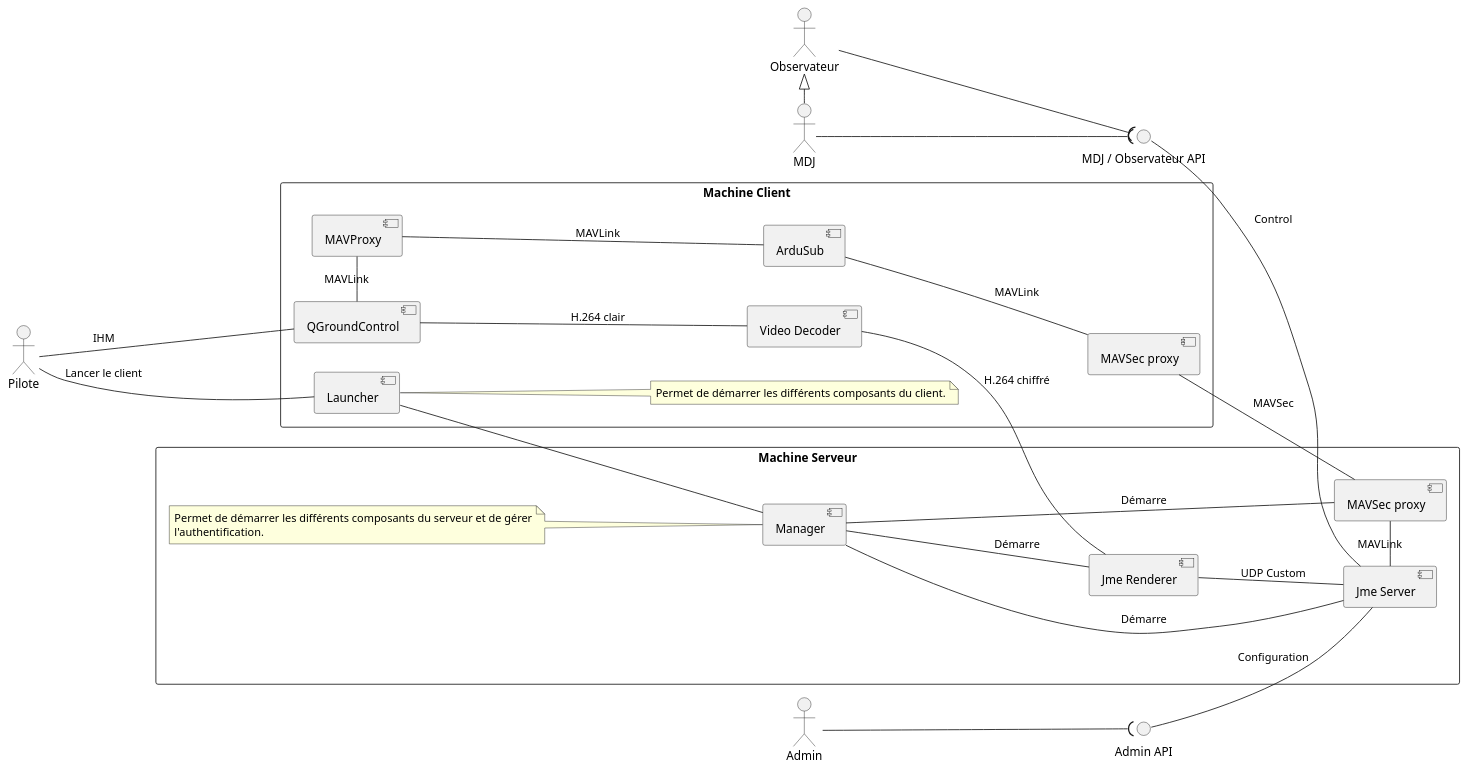
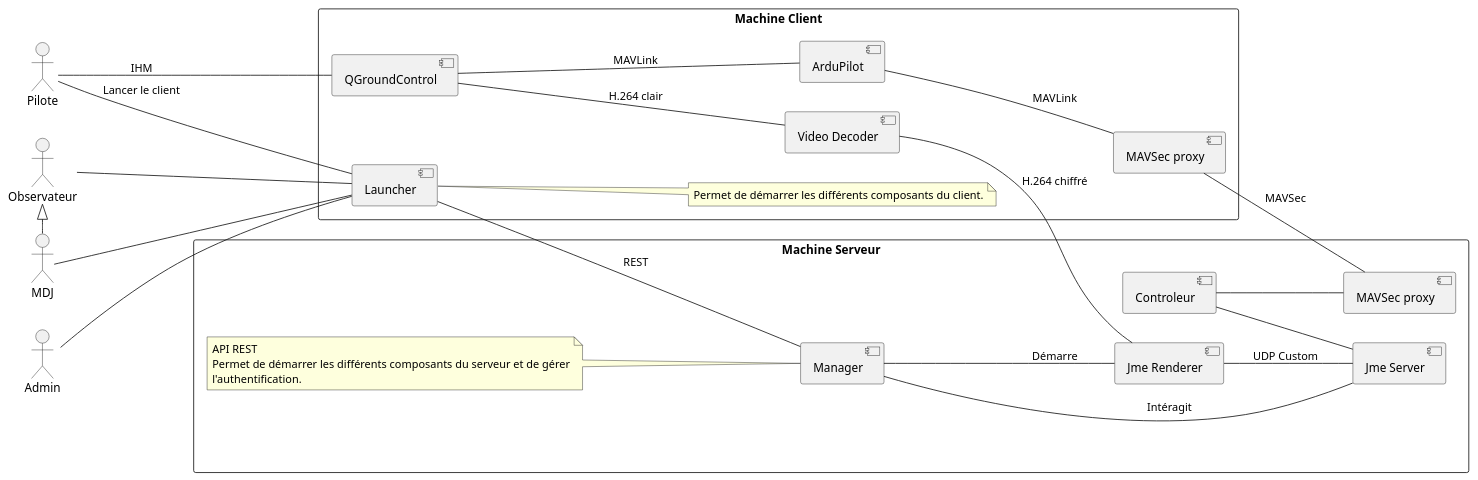
One commit to tombartos/SAE-DRONE changed the diagram in doc/ardupilot_server_components.puml. Above: the diagram before and after it, drawn with PlantUML. The commit also changed 1 other file, not shown here.

Commit message:
Mise à jour des diagramme de composante pour qu'il soit conforme avec le projet

```diff
--- a/doc/ardupilot_server_components.puml
+++ b/doc/ardupilot_server_components.puml
@@ -1,63 +1,59 @@
 @startuml
 
 left to right direction
 
 actor Admin
 actor Pilote
 actor Observateur
 actor MDJ
 
 MDJ -left-|> Observateur
 
 rectangle "Machine Client" {
-    component Launcher
+    component "Launcher" as Launcher
     component "Video Decoder" as VideoDecoder
     component QGroundControl
-    component MAVProxy
-    component ArduSub
     component "MAVSec proxy" as SecProxy1
+    component ArduPilot
 
     Pilote -- QGroundControl : IHM
     Pilote -- Launcher : Lancer le client
     note right of Launcher
         Permet de démarrer les différents composants du client.
     end note
-    QGroundControl -left- MAVProxy : MAVLink
-    MAVProxy -- ArduSub : MAVLink
-    ArduSub -- SecProxy1 : MAVLink
+    QGroundControl -- ArduPilot : MAVLink
+    ArduPilot -- SecProxy1 : MAVLink
 }
 
-interface "MDJ / Observateur API" as MDJAPI
-interface "Admin API" as AdminClient
 
 rectangle "Machine Serveur" {
-    component "MAVSec proxy" as SecProxy2
+    component "Controleur" as Controller
     component "Video Decoder" as JmeRenderer
     component "Jme Renderer" as JmeRenderer
     component "Jme Server" as JmeServer
+    component "MAVSec proxy" as SecProxy2
     component "Manager" as Manager
 
-    SecProxy2 -left- JmeServer : MAVLink
+    Controller -- JmeServer
     JmeRenderer -- JmeServer : UDP Custom
-    MDJAPI -- JmeServer : Control
-    AdminClient -- JmeServer : Configuration
-    Manager -- JmeServer : Démarre
+    Manager -- JmeServer : Intéragit
     Manager -- JmeRenderer : Démarre
-    Manager -- SecProxy2 : Démarre
-    Launcher -- Manager
+    Launcher -- Manager : REST
+    Controller -- SecProxy2
 
 
     note left of Manager
+        API REST
         Permet de démarrer les différents composants du serveur et de gérer
         l'authentification.
     end note
 }
 
 SecProxy1 -- SecProxy2 : MAVSec
 QGroundControl -- VideoDecoder : H.264 clair
 VideoDecoder -- JmeRenderer : H.264 chiffré
-Admin --( AdminClient
-Observateur --( MDJAPI
-MDJ --( MDJAPI
+Admin -- Launcher
+Observateur -- Launcher
+MDJ -- Launcher
 
 @enduml
```
